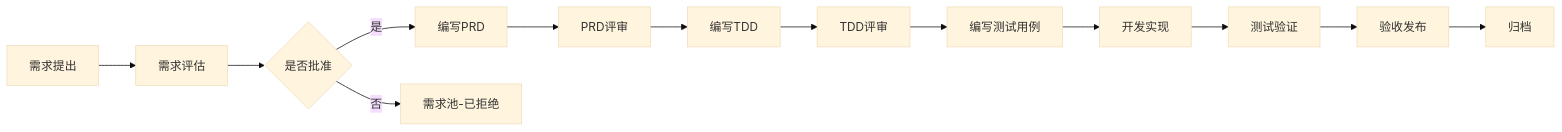
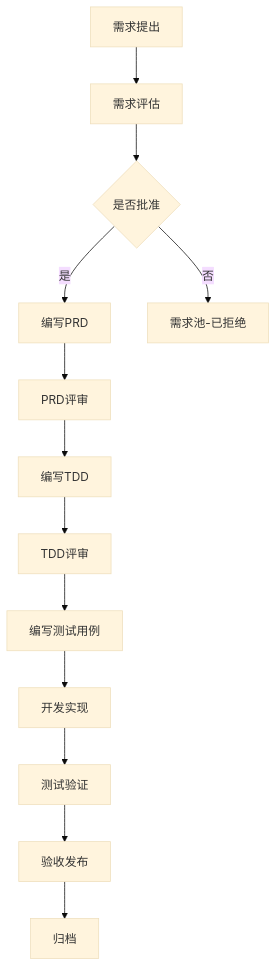
The diagram in docs/requirement/index.md (liushoukun/pdta), drawn with Mermaid (base theme) before and after one commit. The commit also changed 6 other files, not shown here.

Commit message:
Enhance documentation with Mermaid flowcharts, integrate vitepress-mermaid-renderer for improved diagram rendering, and remove unused vitepress-plugin-mermaid-pan-zoom dependency.

````diff
--- a/docs/requirement/index.md
+++ b/docs/requirement/index.md
@@ -51,15 +51,15 @@
 ```mermaid
-graph LR
+graph TD
     A[需求提出] --> B[需求评估]
     B --> C{是否批准}
     C -->|是| D[编写PRD]
     C -->|否| E[需求池-已拒绝]
     D --> F[PRD评审]
     F --> G[编写TDD]
     G --> H[TDD评审]
     H --> I[编写测试用例]
     I --> J[开发实现]
     J --> K[测试验证]
     K --> L[验收发布]
     L --> M[归档]
 ```
````
